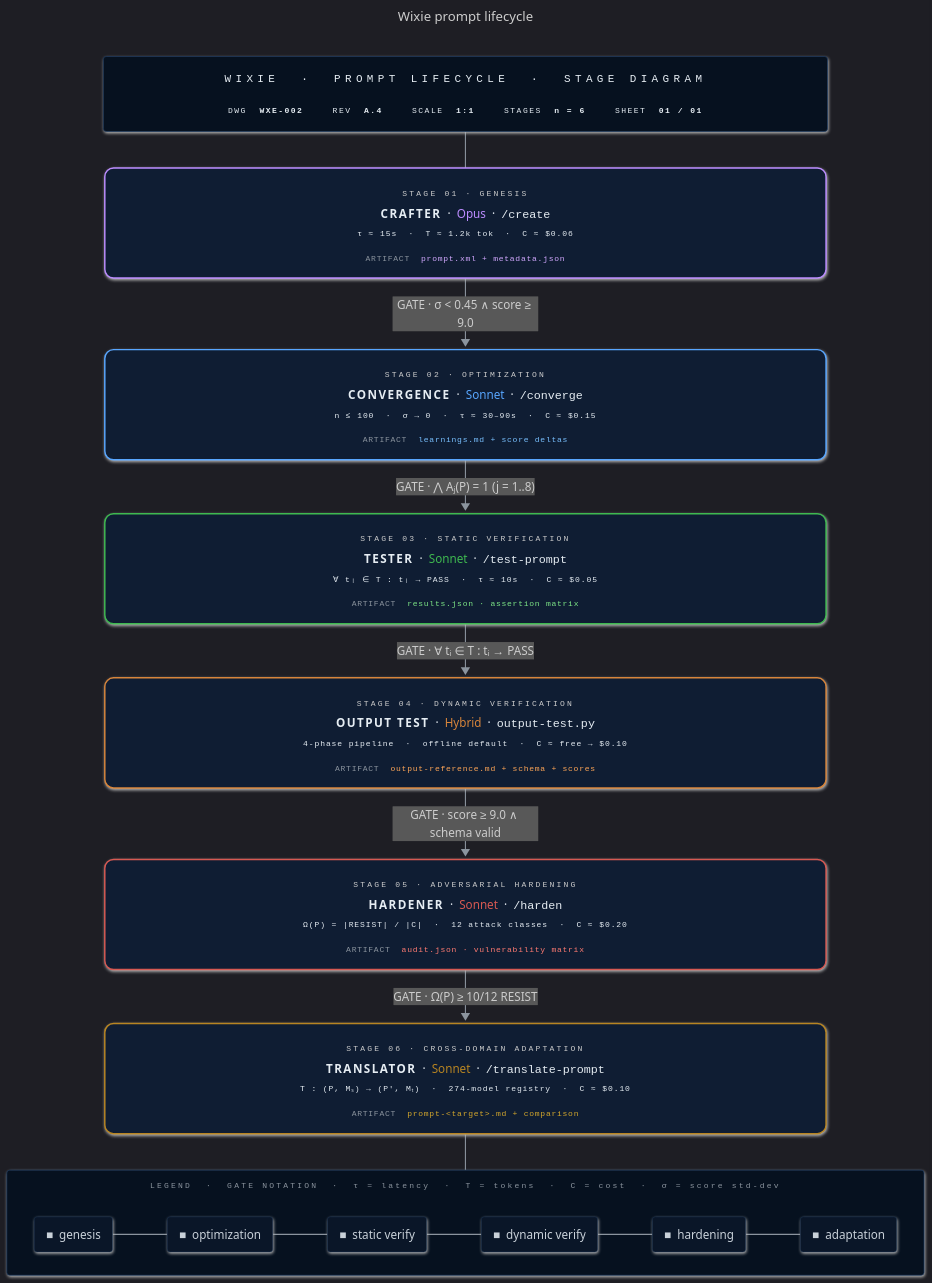
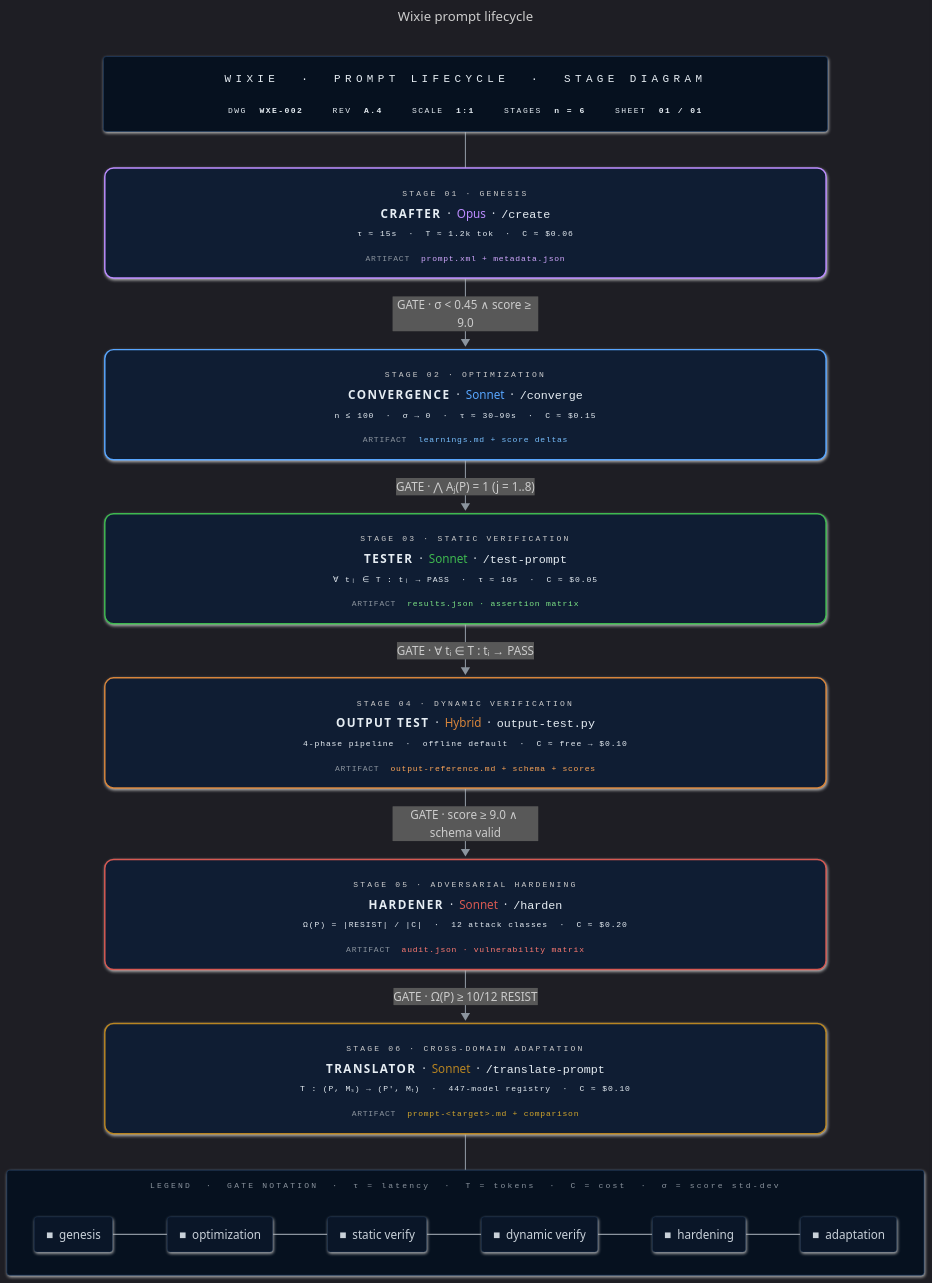
The diagram in docs/assets/lifecycle.mmd (enchanter-ai/wixie), drawn with Mermaid before and after one commit. The commit also changed 21 other files, not shown here.

```diff
--- a/docs/assets/lifecycle.mmd
+++ b/docs/assets/lifecycle.mmd
@@ -1,59 +1,59 @@
 ---
 title: Wixie prompt lifecycle
 config:
   look: neo
   theme: dark
   flowchart:
     curve: basis
     padding: 18
     nodeSpacing: 44
     rankSpacing: 50
     htmlLabels: true
     subGraphTitleMargin:
       top: 14
       bottom: 18
 ---
 flowchart TB
     TitleBlock["<div style='font-family:ui-monospace,SFMono-Regular,Consolas,monospace;text-align:center;min-width:940px;padding:6px 10px;line-height:1.8'><div style='color:#58a6ff;font-size:15px;letter-spacing:6px;border-bottom:1px solid #1e3a5f;padding-bottom:10px;margin-bottom:10px'>WIXIE &nbsp;·&nbsp; PROMPT&nbsp;LIFECYCLE &nbsp;·&nbsp; STAGE&nbsp;DIAGRAM</div><div style='display:flex;gap:40px;justify-content:center;font-size:11px;color:#8b949e;letter-spacing:2px'><span>DWG&nbsp;&nbsp;<b style='color:#e6edf3'>WXE-002</b></span><span>REV&nbsp;&nbsp;<b style='color:#e6edf3'>A.4</b></span><span>SCALE&nbsp;&nbsp;<b style='color:#e6edf3'>1:1</b></span><span>STAGES&nbsp;&nbsp;<b style='color:#e6edf3'>n&nbsp;=&nbsp;6</b></span><span>SHEET&nbsp;&nbsp;<b style='color:#e6edf3'>01&nbsp;/&nbsp;01</b></span></div></div>"]
 
     A["<div style='text-align:center;min-width:940px;line-height:2;padding:4px 8px'><div><span style='font-family:ui-monospace,monospace;color:#8b949e;font-size:11px;letter-spacing:3px'>STAGE&nbsp;01&nbsp;·&nbsp;GENESIS</span></div><div style='line-height:1.8'><b style='letter-spacing:2px'>CRAFTER</b>&nbsp;&nbsp;·&nbsp;&nbsp;<span style='color:#bc8cff'>Opus</span>&nbsp;&nbsp;·&nbsp;&nbsp;<code style='color:#e6edf3'>/create</code></div><div style='color:#6e7681;font-size:11px;font-family:ui-monospace,monospace;letter-spacing:1.2px'>τ&nbsp;≈&nbsp;15s&nbsp;&nbsp;·&nbsp;&nbsp;T&nbsp;≈&nbsp;1.2k&nbsp;tok&nbsp;&nbsp;·&nbsp;&nbsp;C&nbsp;≈&nbsp;$0.06</div><div style='border-top:1px solid #1e3a5f;margin-top:6px;padding-top:6px;font-family:ui-monospace,monospace;font-size:11px;letter-spacing:1px'><span style='color:#8b949e'>ARTIFACT</span>&nbsp;&nbsp;<span style='color:#d2a8ff'>prompt.xml&nbsp;+&nbsp;metadata.json</span></div></div>"]
 
     B["<div style='text-align:center;min-width:940px;line-height:2;padding:4px 8px'><div><span style='font-family:ui-monospace,monospace;color:#8b949e;font-size:11px;letter-spacing:3px'>STAGE&nbsp;02&nbsp;·&nbsp;OPTIMIZATION</span></div><div style='line-height:1.8'><b style='letter-spacing:2px'>CONVERGENCE</b>&nbsp;&nbsp;·&nbsp;&nbsp;<span style='color:#58a6ff'>Sonnet</span>&nbsp;&nbsp;·&nbsp;&nbsp;<code style='color:#e6edf3'>/converge</code></div><div style='color:#6e7681;font-size:11px;font-family:ui-monospace,monospace;letter-spacing:1.2px'>n&nbsp;≤&nbsp;100&nbsp;&nbsp;·&nbsp;&nbsp;σ&nbsp;→&nbsp;0&nbsp;&nbsp;·&nbsp;&nbsp;τ&nbsp;≈&nbsp;30–90s&nbsp;&nbsp;·&nbsp;&nbsp;C&nbsp;≈&nbsp;$0.15</div><div style='border-top:1px solid #1e3a5f;margin-top:6px;padding-top:6px;font-family:ui-monospace,monospace;font-size:11px;letter-spacing:1px'><span style='color:#8b949e'>ARTIFACT</span>&nbsp;&nbsp;<span style='color:#79c0ff'>learnings.md&nbsp;+&nbsp;score&nbsp;deltas</span></div></div>"]
 
     C["<div style='text-align:center;min-width:940px;line-height:2;padding:4px 8px'><div><span style='font-family:ui-monospace,monospace;color:#8b949e;font-size:11px;letter-spacing:3px'>STAGE&nbsp;03&nbsp;·&nbsp;STATIC&nbsp;VERIFICATION</span></div><div style='line-height:1.8'><b style='letter-spacing:2px'>TESTER</b>&nbsp;&nbsp;·&nbsp;&nbsp;<span style='color:#3fb950'>Sonnet</span>&nbsp;&nbsp;·&nbsp;&nbsp;<code style='color:#e6edf3'>/test-prompt</code></div><div style='color:#6e7681;font-size:11px;font-family:ui-monospace,monospace;letter-spacing:1.2px'>∀&nbsp;tᵢ&nbsp;∈&nbsp;T&nbsp;:&nbsp;tᵢ&nbsp;→&nbsp;PASS&nbsp;&nbsp;·&nbsp;&nbsp;τ&nbsp;≈&nbsp;10s&nbsp;&nbsp;·&nbsp;&nbsp;C&nbsp;≈&nbsp;$0.05</div><div style='border-top:1px solid #1e3a5f;margin-top:6px;padding-top:6px;font-family:ui-monospace,monospace;font-size:11px;letter-spacing:1px'><span style='color:#8b949e'>ARTIFACT</span>&nbsp;&nbsp;<span style='color:#7ee787'>results.json&nbsp;·&nbsp;assertion&nbsp;matrix</span></div></div>"]
 
     F["<div style='text-align:center;min-width:940px;line-height:2;padding:4px 8px'><div><span style='font-family:ui-monospace,monospace;color:#8b949e;font-size:11px;letter-spacing:3px'>STAGE&nbsp;04&nbsp;·&nbsp;DYNAMIC&nbsp;VERIFICATION</span></div><div style='line-height:1.8'><b style='letter-spacing:2px'>OUTPUT&nbsp;TEST</b>&nbsp;&nbsp;·&nbsp;&nbsp;<span style='color:#d8853b'>Hybrid</span>&nbsp;&nbsp;·&nbsp;&nbsp;<code style='color:#e6edf3'>output-test.py</code></div><div style='color:#6e7681;font-size:11px;font-family:ui-monospace,monospace;letter-spacing:1.2px'>4-phase&nbsp;pipeline&nbsp;&nbsp;·&nbsp;&nbsp;offline&nbsp;default&nbsp;&nbsp;·&nbsp;&nbsp;C&nbsp;≈&nbsp;free&nbsp;→&nbsp;$0.10</div><div style='border-top:1px solid #1e3a5f;margin-top:6px;padding-top:6px;font-family:ui-monospace,monospace;font-size:11px;letter-spacing:1px'><span style='color:#8b949e'>ARTIFACT</span>&nbsp;&nbsp;<span style='color:#ffa657'>output-reference.md&nbsp;+&nbsp;schema&nbsp;+&nbsp;scores</span></div></div>"]
 
     D["<div style='text-align:center;min-width:940px;line-height:2;padding:4px 8px'><div><span style='font-family:ui-monospace,monospace;color:#8b949e;font-size:11px;letter-spacing:3px'>STAGE&nbsp;05&nbsp;·&nbsp;ADVERSARIAL&nbsp;HARDENING</span></div><div style='line-height:1.8'><b style='letter-spacing:2px'>HARDENER</b>&nbsp;&nbsp;·&nbsp;&nbsp;<span style='color:#d75952'>Sonnet</span>&nbsp;&nbsp;·&nbsp;&nbsp;<code style='color:#e6edf3'>/harden</code></div><div style='color:#6e7681;font-size:11px;font-family:ui-monospace,monospace;letter-spacing:1.2px'>Ω(P)&nbsp;=&nbsp;|RESIST|&nbsp;/&nbsp;|C|&nbsp;&nbsp;·&nbsp;&nbsp;12&nbsp;attack&nbsp;classes&nbsp;&nbsp;·&nbsp;&nbsp;C&nbsp;≈&nbsp;$0.20</div><div style='border-top:1px solid #1e3a5f;margin-top:6px;padding-top:6px;font-family:ui-monospace,monospace;font-size:11px;letter-spacing:1px'><span style='color:#8b949e'>ARTIFACT</span>&nbsp;&nbsp;<span style='color:#ff7b72'>audit.json&nbsp;·&nbsp;vulnerability&nbsp;matrix</span></div></div>"]
 
-    E["<div style='text-align:center;min-width:940px;line-height:2;padding:4px 8px'><div><span style='font-family:ui-monospace,monospace;color:#8b949e;font-size:11px;letter-spacing:3px'>STAGE&nbsp;06&nbsp;·&nbsp;CROSS-DOMAIN&nbsp;ADAPTATION</span></div><div style='line-height:1.8'><b style='letter-spacing:2px'>TRANSLATOR</b>&nbsp;&nbsp;·&nbsp;&nbsp;<span style='color:#b88522'>Sonnet</span>&nbsp;&nbsp;·&nbsp;&nbsp;<code style='color:#e6edf3'>/translate-prompt</code></div><div style='color:#6e7681;font-size:11px;font-family:ui-monospace,monospace;letter-spacing:1.2px'>T&nbsp;:&nbsp;(P,&nbsp;Mₛ)&nbsp;→&nbsp;(P′,&nbsp;Mₜ)&nbsp;&nbsp;·&nbsp;&nbsp;274-model&nbsp;registry&nbsp;&nbsp;·&nbsp;&nbsp;C&nbsp;≈&nbsp;$0.10</div><div style='border-top:1px solid #1e3a5f;margin-top:6px;padding-top:6px;font-family:ui-monospace,monospace;font-size:11px;letter-spacing:1px'><span style='color:#8b949e'>ARTIFACT</span>&nbsp;&nbsp;<span style='color:#d4a72c'>prompt-&lt;target&gt;.md&nbsp;+&nbsp;comparison</span></div></div>"]
+    E["<div style='text-align:center;min-width:940px;line-height:2;padding:4px 8px'><div><span style='font-family:ui-monospace,monospace;color:#8b949e;font-size:11px;letter-spacing:3px'>STAGE&nbsp;06&nbsp;·&nbsp;CROSS-DOMAIN&nbsp;ADAPTATION</span></div><div style='line-height:1.8'><b style='letter-spacing:2px'>TRANSLATOR</b>&nbsp;&nbsp;·&nbsp;&nbsp;<span style='color:#b88522'>Sonnet</span>&nbsp;&nbsp;·&nbsp;&nbsp;<code style='color:#e6edf3'>/translate-prompt</code></div><div style='color:#6e7681;font-size:11px;font-family:ui-monospace,monospace;letter-spacing:1.2px'>T&nbsp;:&nbsp;(P,&nbsp;Mₛ)&nbsp;→&nbsp;(P′,&nbsp;Mₜ)&nbsp;&nbsp;·&nbsp;&nbsp;447-model&nbsp;registry&nbsp;&nbsp;·&nbsp;&nbsp;C&nbsp;≈&nbsp;$0.10</div><div style='border-top:1px solid #1e3a5f;margin-top:6px;padding-top:6px;font-family:ui-monospace,monospace;font-size:11px;letter-spacing:1px'><span style='color:#8b949e'>ARTIFACT</span>&nbsp;&nbsp;<span style='color:#d4a72c'>prompt-&lt;target&gt;.md&nbsp;+&nbsp;comparison</span></div></div>"]
 
     subgraph Legend["<div style='font-family:ui-monospace,monospace;color:#8b949e;font-size:11px;letter-spacing:3px;min-width:940px;text-align:center'>LEGEND&nbsp;&nbsp;·&nbsp;&nbsp;GATE&nbsp;NOTATION&nbsp;&nbsp;·&nbsp;&nbsp;τ&nbsp;=&nbsp;latency&nbsp;&nbsp;·&nbsp;&nbsp;T&nbsp;=&nbsp;tokens&nbsp;&nbsp;·&nbsp;&nbsp;C&nbsp;=&nbsp;cost&nbsp;&nbsp;·&nbsp;&nbsp;σ&nbsp;=&nbsp;score&nbsp;std-dev</div>"]
         direction LR
         lg1["<span style='color:#bc8cff'>■</span>&nbsp;&nbsp;genesis"] --- lg2["<span style='color:#58a6ff'>■</span>&nbsp;&nbsp;optimization"] --- lg3["<span style='color:#3fb950'>■</span>&nbsp;&nbsp;static&nbsp;verify"] --- lg4["<span style='color:#d8853b'>■</span>&nbsp;&nbsp;dynamic&nbsp;verify"] --- lg5["<span style='color:#d75952'>■</span>&nbsp;&nbsp;hardening"] --- lg6["<span style='color:#b88522'>■</span>&nbsp;&nbsp;adaptation"]
     end
 
     TitleBlock ~~~ A
     A ==>|"GATE · σ < 0.45 ∧ score ≥ 9.0"| B
     B ==>|"GATE · ⋀ Aⱼ(P) = 1 (j = 1..8)"| C
     C ==>|"GATE · ∀ tᵢ ∈ T : tᵢ → PASS"| F
     F ==>|"GATE · score ≥ 9.0 ∧ schema valid"| D
     D ==>|"GATE · Ω(P) ≥ 10/12 RESIST"| E
     E ~~~ Legend
 
     classDef titleBlock fill:#06111f,stroke:#1e3a5f,stroke-width:1px,color:#e6edf3,rx:4,ry:4
     classDef legend fill:#06111f,stroke:#1e3a5f,stroke-width:1px,color:#8b949e,rx:4,ry:4
     classDef legendItem fill:#0a1628,stroke:#1e3a5f,stroke-width:0.5px,color:#c9d1d9,rx:4,ry:4
 
     class TitleBlock titleBlock
     class Legend legend
     class lg1,lg2,lg3,lg4,lg5,lg6 legendItem
 
     style A fill:#0f1d33,stroke:#bc8cff,stroke-width:2px,color:#e6edf3,rx:12,ry:12
     style B fill:#0f1d33,stroke:#58a6ff,stroke-width:2px,color:#e6edf3,rx:12,ry:12
     style C fill:#0f1d33,stroke:#3fb950,stroke-width:2px,color:#e6edf3,rx:12,ry:12
     style F fill:#0f1d33,stroke:#d8853b,stroke-width:2px,color:#e6edf3,rx:12,ry:12
     style D fill:#0f1d33,stroke:#d75952,stroke-width:2px,color:#e6edf3,rx:12,ry:12
     style E fill:#0f1d33,stroke:#b88522,stroke-width:2px,color:#e6edf3,rx:12,ry:12
 
     linkStyle default stroke:#8b949e,stroke-width:1.5px
```
